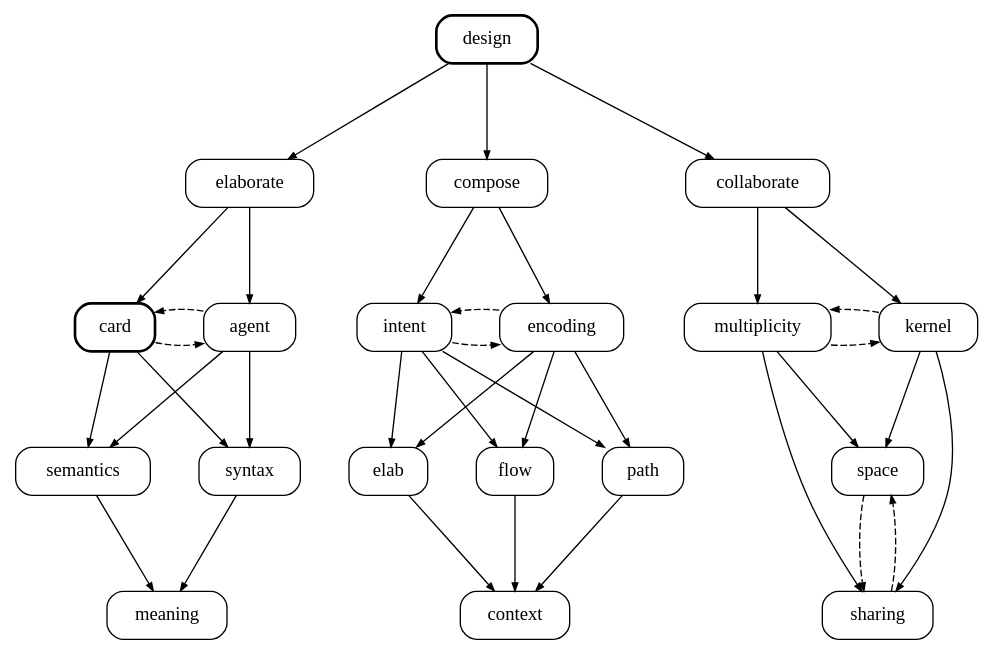
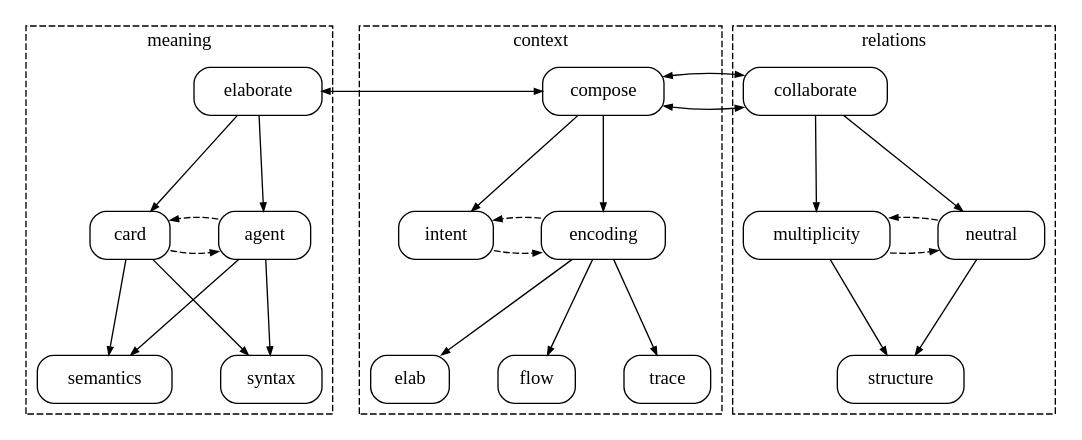
One commit to markdown-general/mg changed the diagram in core/design.md. Above: the diagram before and after it, drawn with Graphviz. The commit also changed 7 other files, not shown here.

Commit message:
reshape design graph for three-pillar layout with newrank

````diff
--- a/core/design.md
+++ b/core/design.md
@@ -5,79 +5,70 @@
 ```dot
 digraph mg {
     rankdir=TB;
+    newrank=true;
     graph [overlap=false; splines=spline; nodesep=0.5; ranksep=1.0];
     node [shape=box; style=rounded; margin="0.2,0.1"];
     edge [arrowsize=0.6];
+    
+    subgraph cluster_meaning {
+        label="meaning";
+        style=dashed;
+        elaborate [label="elaborate"];
+        card [label="card"];
+        agent [label="agent"];
+        semantics [label="semantics"];
+        syntax [label="syntax"];
+        
+        elaborate -> card;
+        elaborate -> agent;
+        card -> agent [style=dashed];
+        agent -> card [style=dashed];
+        card -> semantics;
+        card -> syntax;
+        agent -> semantics;
+        agent -> syntax;
+    }
+    
+    subgraph cluster_context {
+        label="context";
+        style=dashed;
+        compose [label="compose"];
+        intent [label="intent"];
+        encoding [label="encoding"];
+        elab [label="elab"];
+        flow [label="flow"];
+        trace [label="trace"];
+        
+        compose -> intent;
+        compose -> encoding;
+        intent -> encoding [style=dashed];
+        encoding -> intent [style=dashed];
 
-    design [shape=box; style="rounded,bold"; label="design"];
+        encoding -> elab;
+        encoding -> flow;
+        encoding -> trace;
+    }
     
-    elaborate [label="elaborate"];
-    compose [label="compose"];
-    collaborate [label="collaborate"];
-
-    design -> elaborate;
-    design -> compose;
-    design -> collaborate;
-
-    card [shape=box; style="rounded,bold"; label="card"];
-    agent [label="agent"];
-    elaborate -> card;
-    elaborate -> agent;
-    card -> agent [style=dashed];
-    agent -> card [style=dashed];
-
-    semantics [label="semantics"];
-    syntax [label="syntax"];
-    meaning [label="meaning"];
-    card -> semantics;
-    card -> syntax;
-    agent -> semantics;
-    agent -> syntax;
-    semantics -> meaning;
-    syntax -> meaning;
-
-    intent [label="intent"];
-    encoding [label="encoding"];
-    compose -> intent;
-    compose -> encoding;
-    intent -> encoding [style=dashed];
-    encoding -> intent [style=dashed];
+    subgraph cluster_relations {
+        label="relations";
+        style=dashed;
+        collaborate [label="collaborate"];
+        multiplicity [label="multiplicity"];
+        neutral [label="neutral"];
+        structure [label="structure"];
+        
+        collaborate -> multiplicity;
+        collaborate -> neutral;
+        multiplicity -> neutral [style=dashed];
+        neutral -> multiplicity [style=dashed];
+        multiplicity -> structure;
+        neutral -> structure;
+    }
     
-    elab [label="elab"];
-    flow [label="flow"];
-    path [label="path"];
-    intent -> elab;
-    intent -> flow;
-    intent -> path;
-    encoding -> elab;
-    encoding -> flow;
-    encoding -> path;
+    {rank=same; elaborate; compose; collaborate;}
+    elaborate -> compose [dir=both];
+    compose -> collaborate [dir=both];
     
-    multiplicity [label="multiplicity"];
-    kernel [label="kernel"];
-    collaborate -> multiplicity;
-    collaborate -> kernel;
-    multiplicity -> kernel [style=dashed];
-    kernel -> multiplicity [style=dashed];
-
-    sharing [label="sharing"];
-    space [label="space"];
-    multiplicity -> sharing;
-    multiplicity -> space;
-    kernel -> sharing;
-    kernel -> space;
-    sharing -> space [style=dashed];
-    space -> sharing [style=dashed];
-    
-    context [label="context"];
-    elab -> context;
-    flow -> context;
-    path -> context;
-    
-    {rank=same; card; agent; intent; encoding; multiplicity; kernel;}
-    
-    {rank=same; semantics; syntax; elab; flow; path; space;}
-    
-    {rank=same; meaning; context; sharing;}
+    {rank=same; card; agent; intent; encoding; multiplicity; neutral;}
 }
 ```
````
